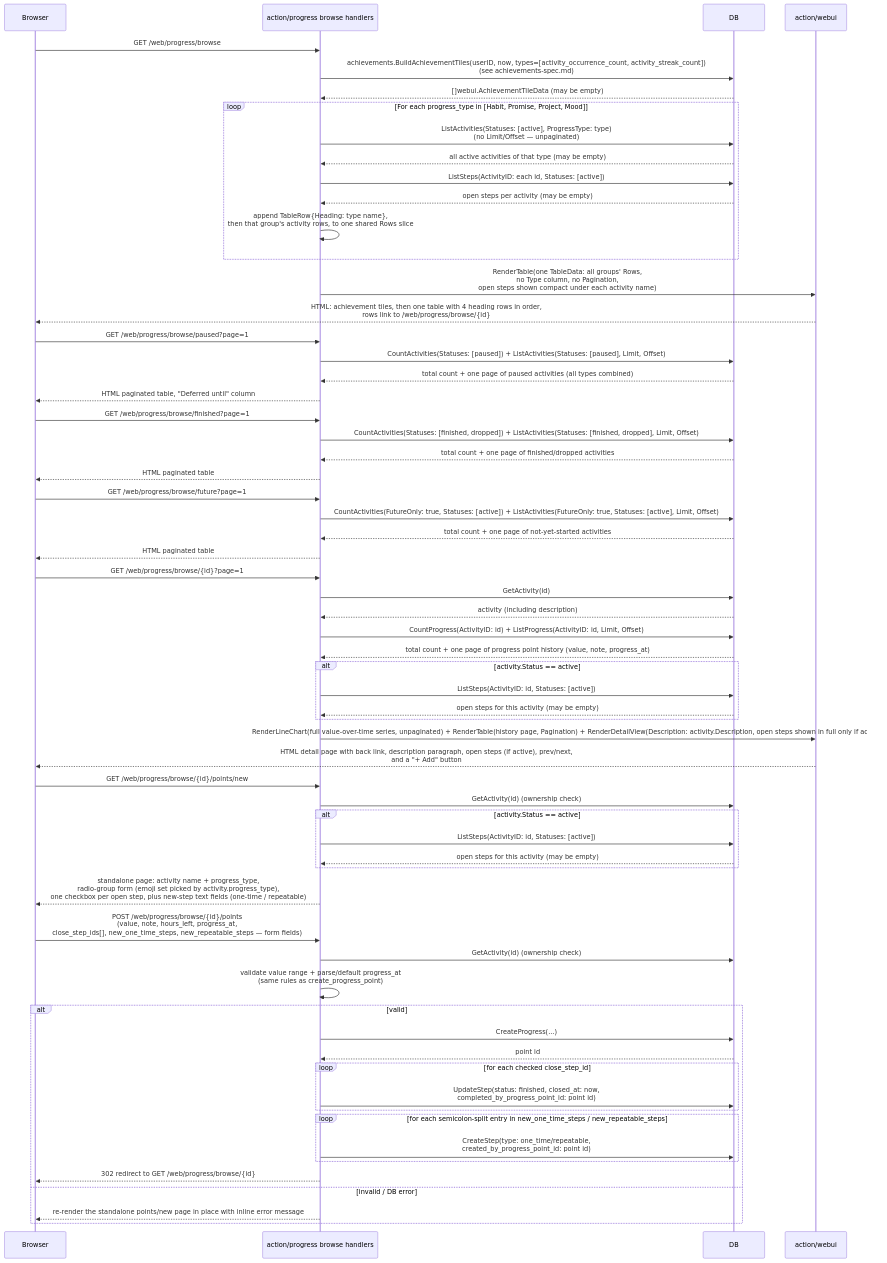
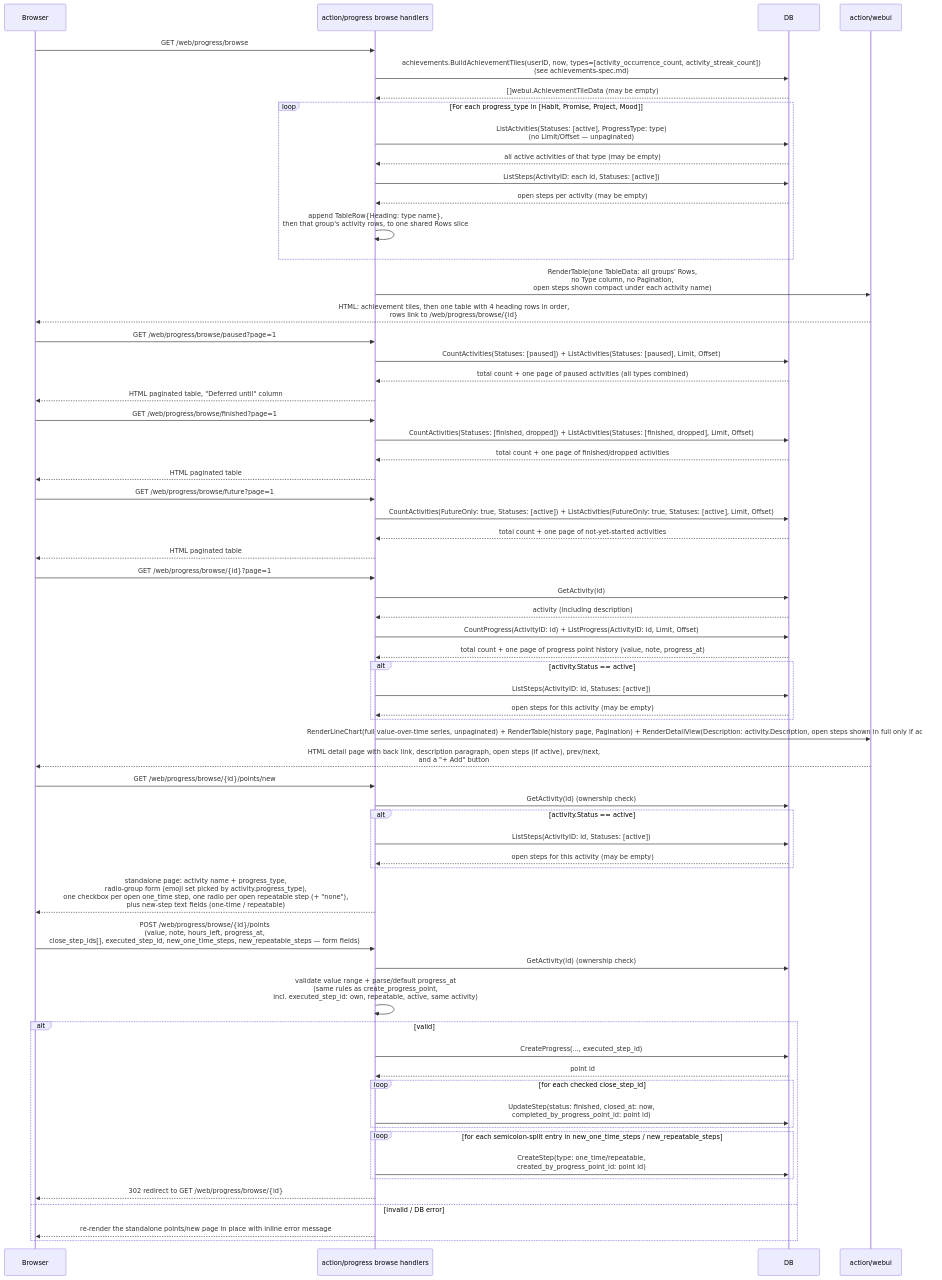
The fourth of 4 diagrams in docs/functions/progress-spec.md (rusinikita/personal), drawn with Mermaid before and after one commit. The commit also changed other lines of this file and 12 other files, not shown here.

First line of the commit message:
feat(progress): track executions of repeatable steps

````diff
--- a/docs/functions/progress-spec.md
+++ b/docs/functions/progress-spec.md
@@ -178,72 +186,72 @@
 ```mermaid
 sequenceDiagram
     participant Browser
     participant Handler as action/progress browse handlers
     participant DB
     participant Webui as action/webui
 
     Browser->>Handler: GET /web/progress/browse
     Handler->>DB: achievements.BuildAchievementTiles(userID, now, types=[activity_occurrence_count, activity_streak_count])<br/>(see achievements-spec.md)
     DB-->>Handler: []webui.AchievementTileData (may be empty)
     loop For each progress_type in [Habit, Promise, Project, Mood]
         Handler->>DB: ListActivities(Statuses: [active], ProgressType: type)<br/>(no Limit/Offset — unpaginated)
         DB-->>Handler: all active activities of that type (may be empty)
         Handler->>DB: ListSteps(ActivityID: each id, Statuses: [active])
         DB-->>Handler: open steps per activity (may be empty)
         Handler->>Handler: append TableRow{Heading: type name},<br/>then that group's activity rows, to one shared Rows slice
     end
     Handler->>Webui: RenderTable(one TableData: all groups' Rows,<br/>no Type column, no Pagination,<br/>open steps shown compact under each activity name)
     Webui-->>Browser: HTML: achievement tiles, then one table with 4 heading rows in order,<br/>rows link to /web/progress/browse/{id}
 
     Browser->>Handler: GET /web/progress/browse/paused?page=1
     Handler->>DB: CountActivities(Statuses: [paused]) + ListActivities(Statuses: [paused], Limit, Offset)
     DB-->>Handler: total count + one page of paused activities (all types combined)
     Handler-->>Browser: HTML paginated table, "Deferred until" column
 
     Browser->>Handler: GET /web/progress/browse/finished?page=1
     Handler->>DB: CountActivities(Statuses: [finished, dropped]) + ListActivities(Statuses: [finished, dropped], Limit, Offset)
     DB-->>Handler: total count + one page of finished/dropped activities
     Handler-->>Browser: HTML paginated table
 
     Browser->>Handler: GET /web/progress/browse/future?page=1
     Handler->>DB: CountActivities(FutureOnly: true, Statuses: [active]) + ListActivities(FutureOnly: true, Statuses: [active], Limit, Offset)
     DB-->>Handler: total count + one page of not-yet-started activities
     Handler-->>Browser: HTML paginated table
 
     Browser->>Handler: GET /web/progress/browse/{id}?page=1
     Handler->>DB: GetActivity(id)
     DB-->>Handler: activity (including description)
     Handler->>DB: CountProgress(ActivityID: id) + ListProgress(ActivityID: id, Limit, Offset)
     DB-->>Handler: total count + one page of progress point history (value, note, progress_at)
     alt activity.Status == active
         Handler->>DB: ListSteps(ActivityID: id, Statuses: [active])
         DB-->>Handler: open steps for this activity (may be empty)
     end
     Handler->>Webui: RenderLineChart(full value-over-time series, unpaginated) + RenderTable(history page, Pagination) + RenderDetailView(Description: activity.Description, open steps shown in full only if active)
     Webui-->>Browser: HTML detail page with back link, description paragraph, open steps (if active), prev/next,<br/>and a "+ Add" button
 
     Browser->>Handler: GET /web/progress/browse/{id}/points/new
     Handler->>DB: GetActivity(id) (ownership check)
     alt activity.Status == active
         Handler->>DB: ListSteps(ActivityID: id, Statuses: [active])
         DB-->>Handler: open steps for this activity (may be empty)
     end
-    Handler-->>Browser: standalone page: activity name + progress_type,<br/>radio-group form (emoji set picked by activity.progress_type),<br/>one checkbox per open step, plus new-step text fields (one-time / repeatable)
+    Handler-->>Browser: standalone page: activity name + progress_type,<br/>radio-group form (emoji set picked by activity.progress_type),<br/>one checkbox per open one_time step, one radio per open repeatable step (+ "none"),<br/>plus new-step text fields (one-time / repeatable)
 
-    Browser->>Handler: POST /web/progress/browse/{id}/points<br/>(value, note, hours_left, progress_at,<br/>close_step_ids[], new_one_time_steps, new_repeatable_steps — form fields)
+    Browser->>Handler: POST /web/progress/browse/{id}/points<br/>(value, note, hours_left, progress_at,<br/>close_step_ids[], executed_step_id, new_one_time_steps, new_repeatable_steps — form fields)
     Handler->>DB: GetActivity(id) (ownership check)
-    Handler->>Handler: validate value range + parse/default progress_at<br/>(same rules as create_progress_point)
+    Handler->>Handler: validate value range + parse/default progress_at<br/>(same rules as create_progress_point,<br/>incl. executed_step_id: own, repeatable, active, same activity)
     alt valid
-        Handler->>DB: CreateProgress(...)
+        Handler->>DB: CreateProgress(..., executed_step_id)
         DB-->>Handler: point id
         loop for each checked close_step_id
             Handler->>DB: UpdateStep(status: finished, closed_at: now,<br/>completed_by_progress_point_id: point id)
         end
         loop for each semicolon-split entry in new_one_time_steps / new_repeatable_steps
             Handler->>DB: CreateStep(type: one_time/repeatable,<br/>created_by_progress_point_id: point id)
         end
         Handler-->>Browser: 302 redirect to GET /web/progress/browse/{id}
     else invalid / DB error
         Handler-->>Browser: re-render the standalone points/new page in place with inline error message
     end
 ```
````
